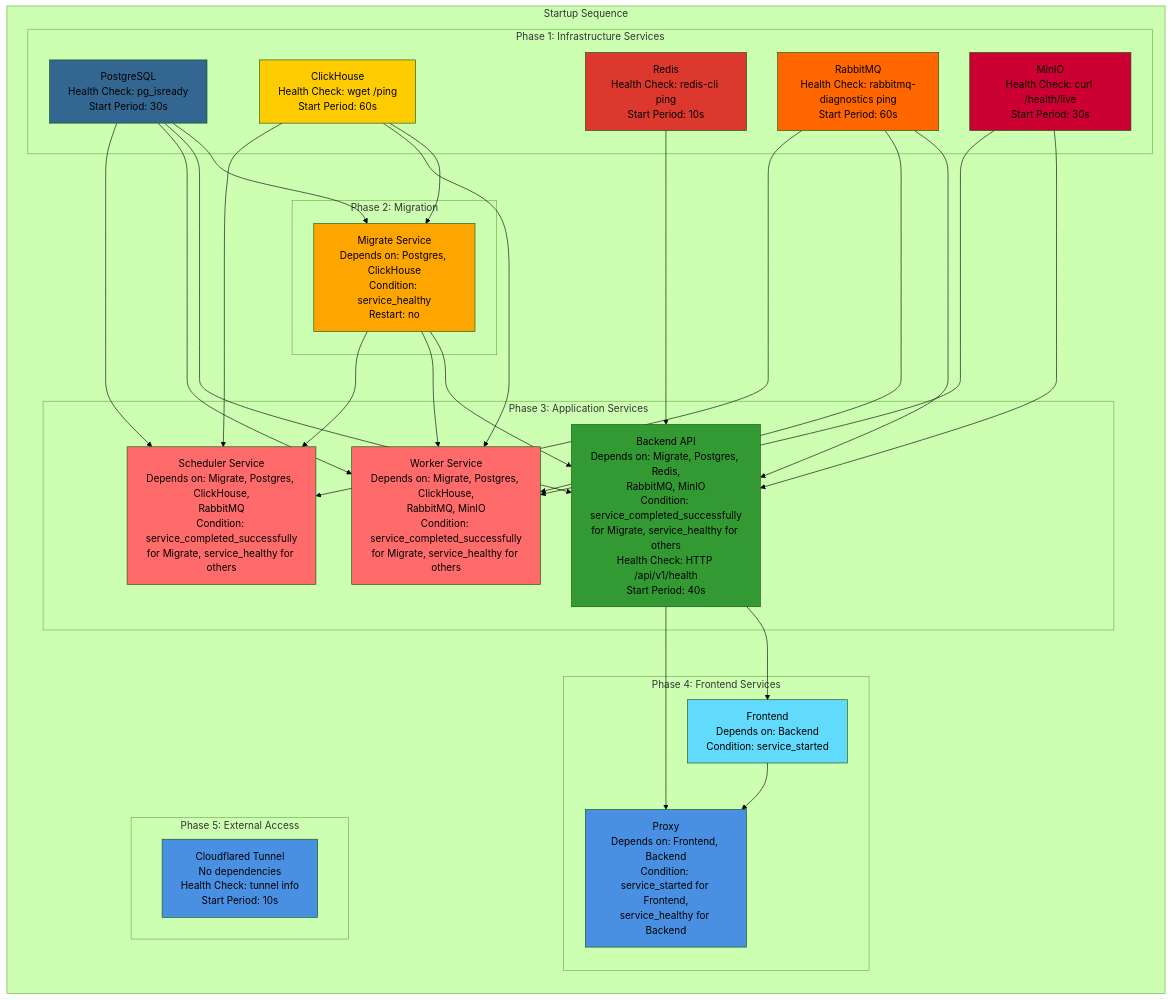
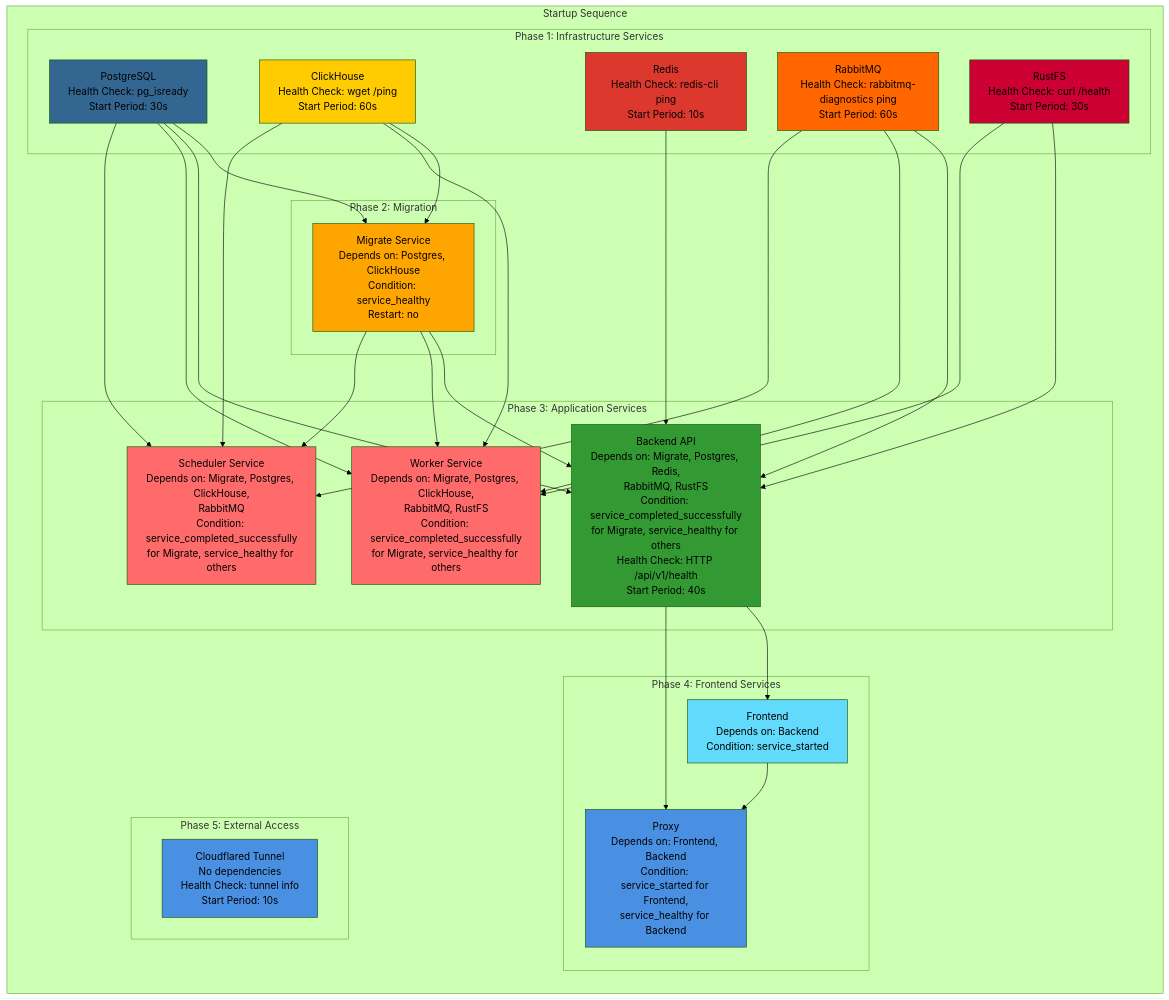
The diagram in documentation/docker/prod/service-dependencies.md (DamienReichhart/BackTrade), drawn with Mermaid (forest theme) before and after one commit. The commit also changed 18 other files, not shown here.

````diff
--- a/documentation/docker/prod/service-dependencies.md
+++ b/documentation/docker/prod/service-dependencies.md
@@ -1,72 +1,72 @@
 ```mermaid
 graph TB
     subgraph "Startup Sequence"
         direction TB
 
         subgraph "Phase 1: Infrastructure Services"
             Postgres[PostgreSQL<br/>Health Check: pg_isready<br/>Start Period: 30s]
             Redis[Redis<br/>Health Check: redis-cli ping<br/>Start Period: 10s]
             ClickHouse[ClickHouse<br/>Health Check: wget /ping<br/>Start Period: 60s]
-            MinIO[MinIO<br/>Health Check: curl /health/live<br/>Start Period: 30s]
+            RustFS[RustFS<br/>Health Check: curl /health<br/>Start Period: 30s]
             RabbitMQ[RabbitMQ<br/>Health Check: rabbitmq-diagnostics ping<br/>Start Period: 60s]
         end
 
         subgraph "Phase 2: Migration"
             Migrate[Migrate Service<br/>Depends on: Postgres, ClickHouse<br/>Condition: service_healthy<br/>Restart: no]
         end
 
         subgraph "Phase 3: Application Services"
-            Backend[Backend API<br/>Depends on: Migrate, Postgres, Redis,<br/>RabbitMQ, MinIO<br/>Condition: service_completed_successfully<br/>for Migrate, service_healthy for others<br/>Health Check: HTTP /api/v1/health<br/>Start Period: 40s]
+            Backend[Backend API<br/>Depends on: Migrate, Postgres, Redis,<br/>RabbitMQ, RustFS<br/>Condition: service_completed_successfully<br/>for Migrate, service_healthy for others<br/>Health Check: HTTP /api/v1/health<br/>Start Period: 40s]
 
-            Worker[Worker Service<br/>Depends on: Migrate, Postgres, ClickHouse,<br/>RabbitMQ, MinIO<br/>Condition: service_completed_successfully<br/>for Migrate, service_healthy for others]
+            Worker[Worker Service<br/>Depends on: Migrate, Postgres, ClickHouse,<br/>RabbitMQ, RustFS<br/>Condition: service_completed_successfully<br/>for Migrate, service_healthy for others]
 
             Scheduler[Scheduler Service<br/>Depends on: Migrate, Postgres, ClickHouse,<br/>RabbitMQ<br/>Condition: service_completed_successfully<br/>for Migrate, service_healthy for others]
         end
 
         subgraph "Phase 4: Frontend Services"
             Frontend[Frontend<br/>Depends on: Backend<br/>Condition: service_started]
             Proxy[Proxy<br/>Depends on: Frontend, Backend<br/>Condition: service_started for Frontend,<br/>service_healthy for Backend]
         end
 
         subgraph "Phase 5: External Access"
             Cloudflared[Cloudflared Tunnel<br/>No dependencies<br/>Health Check: tunnel info<br/>Start Period: 10s]
         end
     end
 
     Postgres --> Migrate
     ClickHouse --> Migrate
 
     Migrate --> Backend
     Postgres --> Backend
     Redis --> Backend
     RabbitMQ --> Backend
-    MinIO --> Backend
+    RustFS --> Backend
 
     Migrate --> Worker
     Postgres --> Worker
     ClickHouse --> Worker
     RabbitMQ --> Worker
-    MinIO --> Worker
+    RustFS --> Worker
 
     Migrate --> Scheduler
     Postgres --> Scheduler
     ClickHouse --> Scheduler
     RabbitMQ --> Scheduler
 
     Backend --> Frontend
     Frontend --> Proxy
     Backend --> Proxy
 
     style Postgres fill:#336791
     style Redis fill:#dc382d
     style ClickHouse fill:#ffcc02
-    style MinIO fill:#c03
+    style RustFS fill:#c03
     style RabbitMQ fill:#ff6600
     style Migrate fill:#ffa500
     style Backend fill:#339933
     style Worker fill:#ff6b6b
     style Scheduler fill:#ff6b6b
     style Frontend fill:#61dafb
     style Proxy fill:#4a90e2
     style Cloudflared fill:#4a90e2
 ```
````
